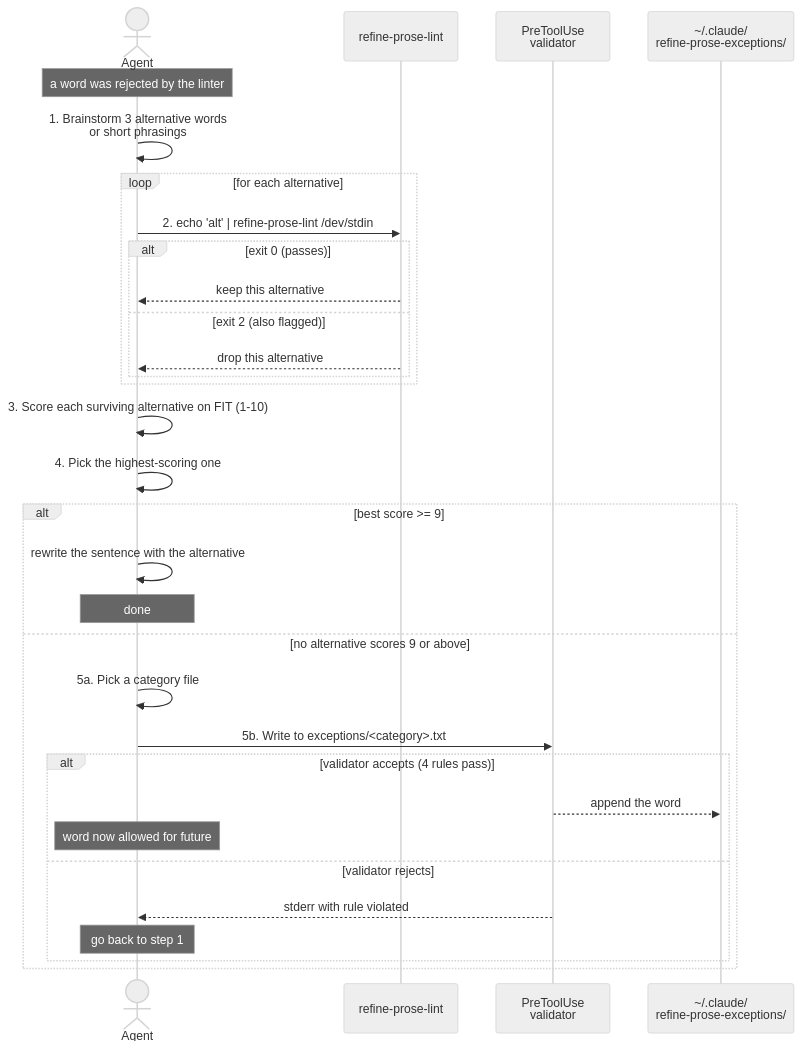
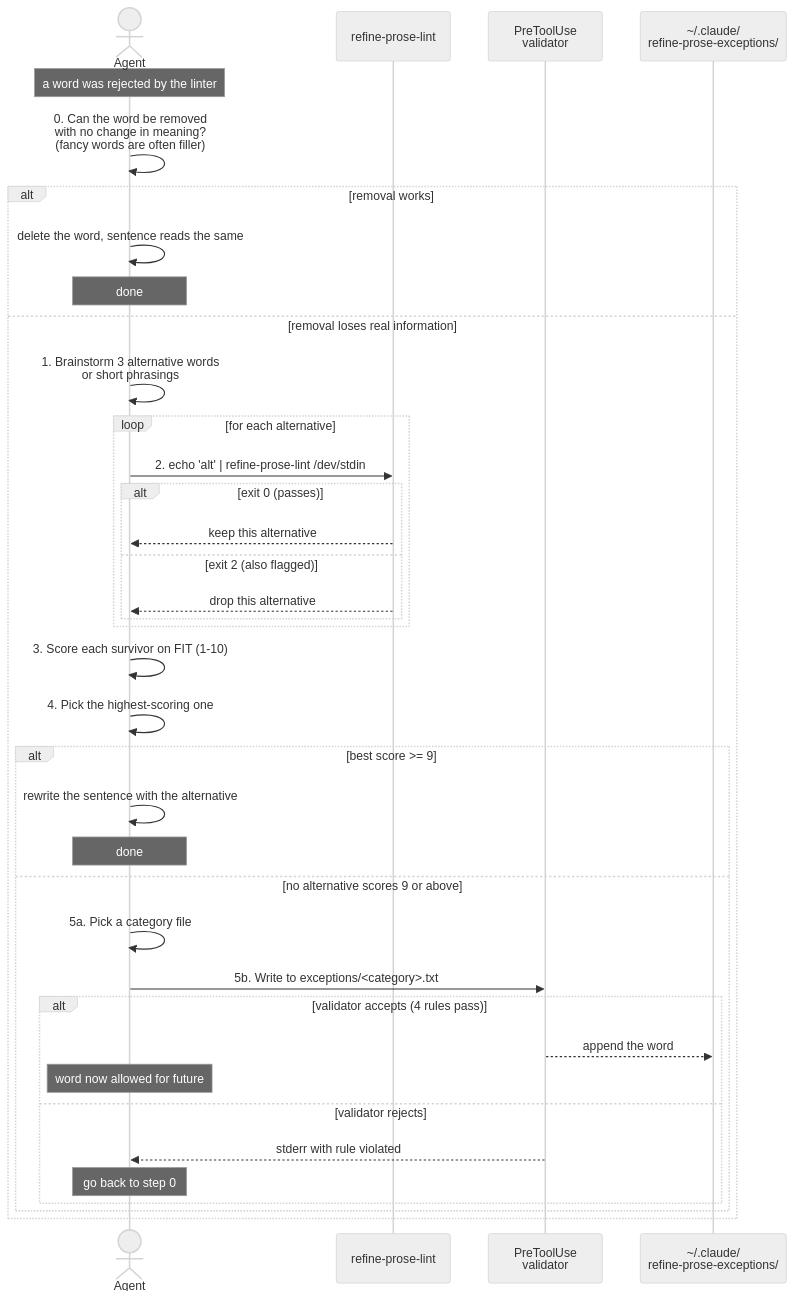
Before and after one commit to duyphaphach/agent-skills: the fourth of 4 diagrams in packages/plugins/refine-prose/README.md, drawn with Mermaid (neutral theme). The commit also changed 14 other files, not shown here.

Commit message:
Add ai-marks and refine-prose plugins with comprehensive functionality and documentation

````diff
--- a/packages/plugins/refine-prose/README.md
+++ b/packages/plugins/refine-prose/README.md
@@ -174,38 +174,45 @@
 ```mermaid
 sequenceDiagram
     actor Agent
     participant Linter as refine-prose-lint
     participant Validator as PreToolUse<br/>validator
     participant FS as ~/.claude/<br/>refine-prose-exceptions/
 
     Note over Agent: a word was rejected by the linter
 
-    Agent->>Agent: 1. Brainstorm 3 alternative words<br/>or short phrasings
+    Agent->>Agent: 0. Can the word be removed<br/>with no change in meaning?<br/>(fancy words are often filler)
 
-    loop for each alternative
-        Agent->>Linter: 2. echo 'alt' | refine-prose-lint /dev/stdin
-        alt exit 0 (passes)
-            Linter-->>Agent: keep this alternative
-        else exit 2 (also flagged)
-            Linter-->>Agent: drop this alternative
+    alt removal works
+        Agent->>Agent: delete the word, sentence reads the same
+        Note over Agent: done
+    else removal loses real information
+        Agent->>Agent: 1. Brainstorm 3 alternative words<br/>or short phrasings
+
+        loop for each alternative
+            Agent->>Linter: 2. echo 'alt' | refine-prose-lint /dev/stdin
+            alt exit 0 (passes)
+                Linter-->>Agent: keep this alternative
+            else exit 2 (also flagged)
+                Linter-->>Agent: drop this alternative
+            end
         end
-    end
 
-    Agent->>Agent: 3. Score each surviving alternative on FIT (1-10)
-    Agent->>Agent: 4. Pick the highest-scoring one
+        Agent->>Agent: 3. Score each survivor on FIT (1-10)
+        Agent->>Agent: 4. Pick the highest-scoring one
 
-    alt best score >= 9
-        Agent->>Agent: rewrite the sentence with the alternative
-        Note over Agent: done
-    else no alternative scores 9 or above
-        Agent->>Agent: 5a. Pick a category file
-        Agent->>Validator: 5b. Write to exceptions/<category>.txt
-        alt validator accepts (4 rules pass)
-            Validator-->>FS: append the word
-            Note over Agent: word now allowed for future
-        else validator rejects
-            Validator-->>Agent: stderr with rule violated
-            Note over Agent: go back to step 1
+        alt best score >= 9
+            Agent->>Agent: rewrite the sentence with the alternative
+            Note over Agent: done
+        else no alternative scores 9 or above
+            Agent->>Agent: 5a. Pick a category file
+            Agent->>Validator: 5b. Write to exceptions/<category>.txt
+            alt validator accepts (4 rules pass)
+                Validator-->>FS: append the word
+                Note over Agent: word now allowed for future
+            else validator rejects
+                Validator-->>Agent: stderr with rule violated
+                Note over Agent: go back to step 0
+            end
         end
     end
 ```
````
